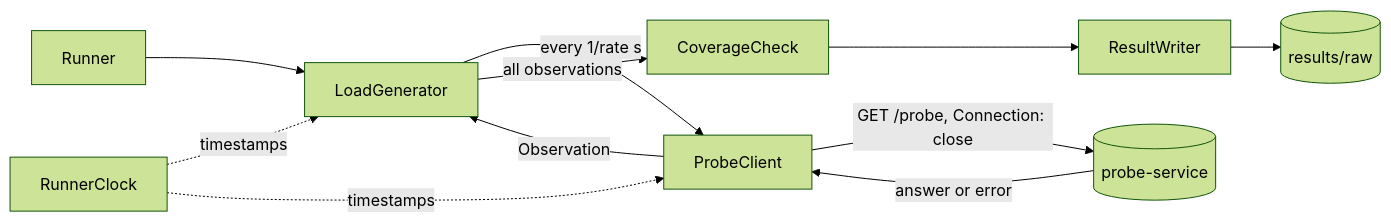
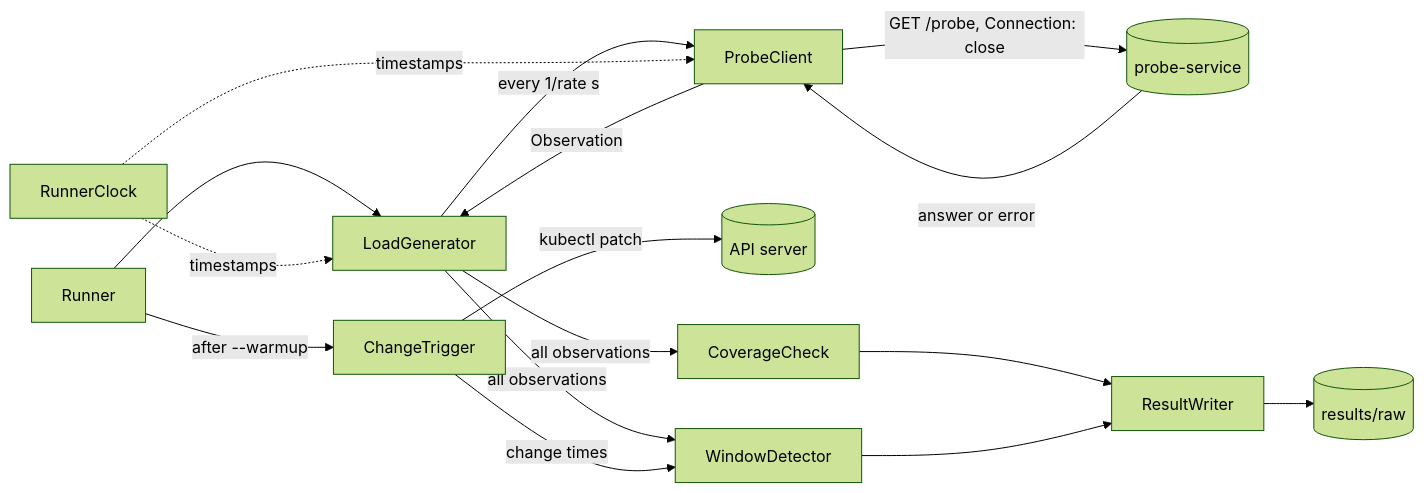
Before and after one commit to AimenFH/config-delivery-thesis: the diagram in document/runner.md, drawn with Mermaid (forest theme). The commit also changed other lines of this file and 10 other files, not shown here.

````diff
--- a/document/runner.md
+++ b/document/runner.md
@@ -152,13 +221,18 @@
 ```mermaid
 flowchart LR
     R[Runner] --> LG[LoadGenerator]
     LG -- "every 1/rate s" --> PC[ProbeClient]
     PC -- "GET /probe, Connection: close" --> S[(probe-service)]
     S -- answer or error --> PC
     PC -- Observation --> LG
+    R -- "after --warmup" --> CT[ChangeTrigger]
+    CT -- "kubectl patch" --> K[(API server)]
     LG -- all observations --> CC[CoverageCheck]
+    LG -- all observations --> WD[WindowDetector]
+    CT -- change times --> WD
     CC --> RW[ResultWriter]
+    WD --> RW
     RW --> F[(results/raw)]
     C[RunnerClock] -. timestamps .-> LG
     C -. timestamps .-> PC
 ```
````
